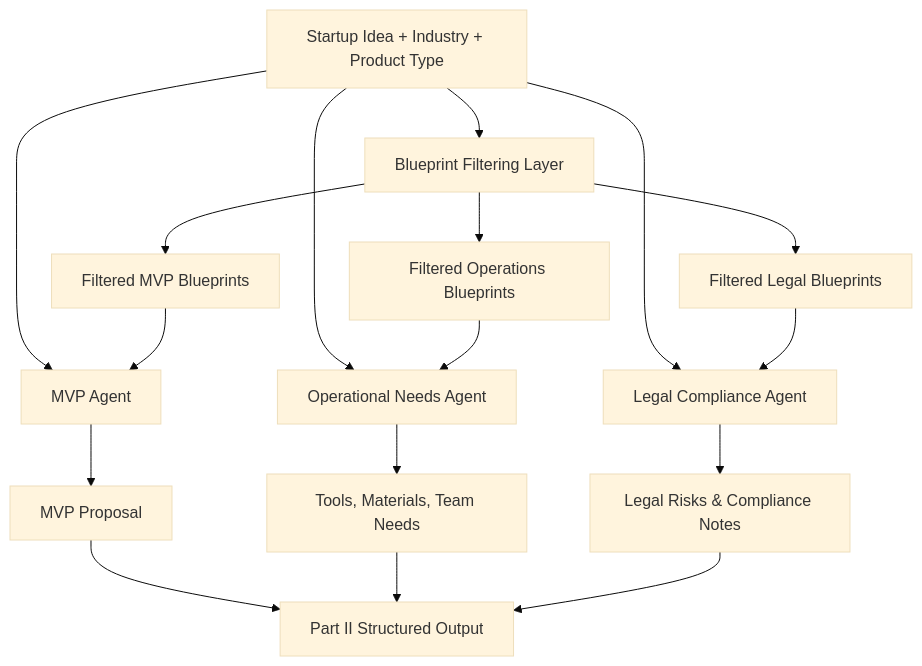
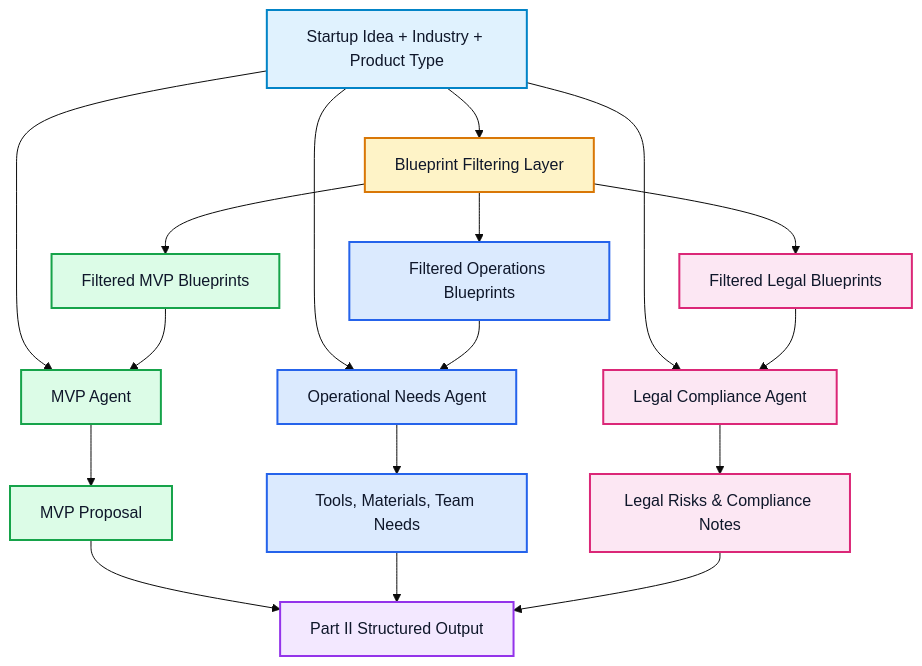
Before and after one commit to chirchiyoussef/academic-a2a-mcp-startup-evaluation-pipeline: the third of 4 diagrams in README.md, drawn with Mermaid (base theme). The commit also changed other lines of this file, not shown here.

````diff
--- a/README.md
+++ b/README.md
@@ -200,24 +290,38 @@
 ```mermaid
 flowchart TD
     A[Startup Idea + Industry + Product Type] --> F[Blueprint Filtering Layer]
 
     F --> M1[Filtered MVP Blueprints]
     F --> O1[Filtered Operations Blueprints]
     F --> L1[Filtered Legal Blueprints]
 
     A --> M2[MVP Agent]
     A --> O2[Operational Needs Agent]
     A --> L2[Legal Compliance Agent]
 
     M1 --> M2
     O1 --> O2
     L1 --> L2
 
     M2 --> R1[MVP Proposal]
     O2 --> R2[Tools, Materials, Team Needs]
     L2 --> R3[Legal Risks & Compliance Notes]
 
     R1 --> Z[Part II Structured Output]
     R2 --> Z
     R3 --> Z
+
+    classDef input fill:#e0f2fe,stroke:#0284c7,stroke-width:2px,color:#0f172a;
+    classDef filter fill:#fef3c7,stroke:#d97706,stroke-width:2px,color:#0f172a;
+    classDef mvp fill:#dcfce7,stroke:#16a34a,stroke-width:2px,color:#0f172a;
+    classDef ops fill:#dbeafe,stroke:#2563eb,stroke-width:2px,color:#0f172a;
+    classDef legal fill:#fce7f3,stroke:#db2777,stroke-width:2px,color:#0f172a;
+    classDef output fill:#f3e8ff,stroke:#9333ea,stroke-width:2px,color:#0f172a;
+
+    class A input;
+    class F filter;
+    class M1,M2,R1 mvp;
+    class O1,O2,R2 ops;
+    class L1,L2,R3 legal;
+    class Z output;
 ```
````
